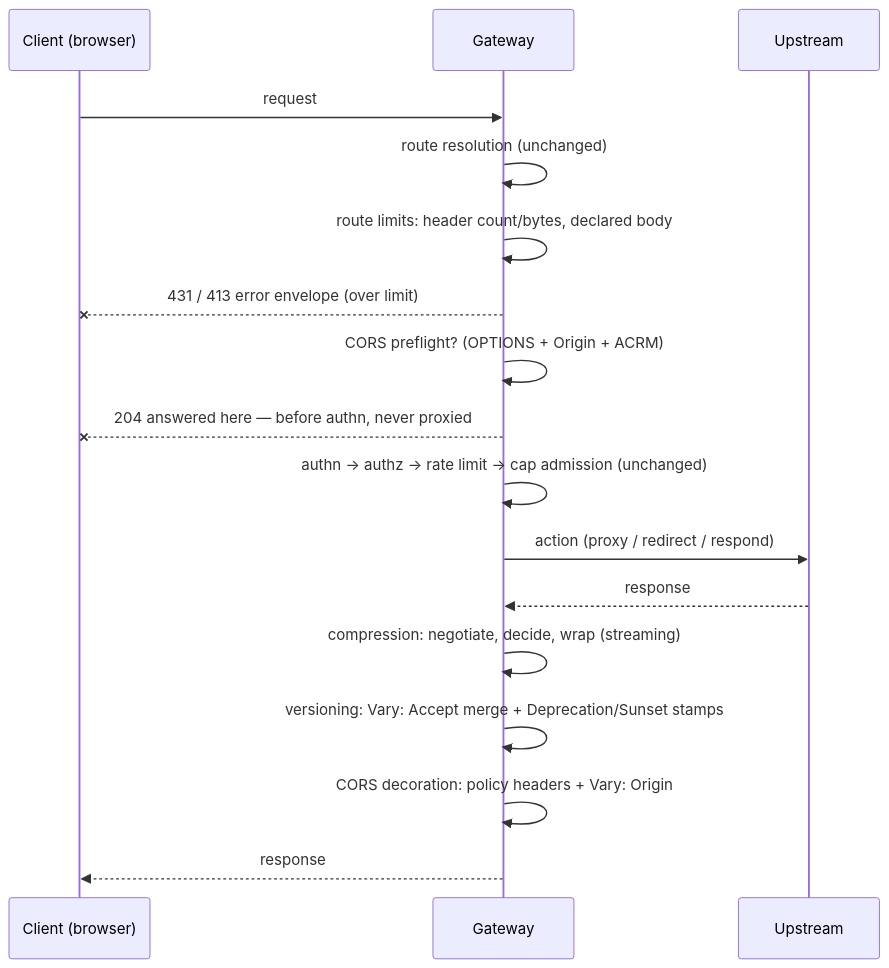
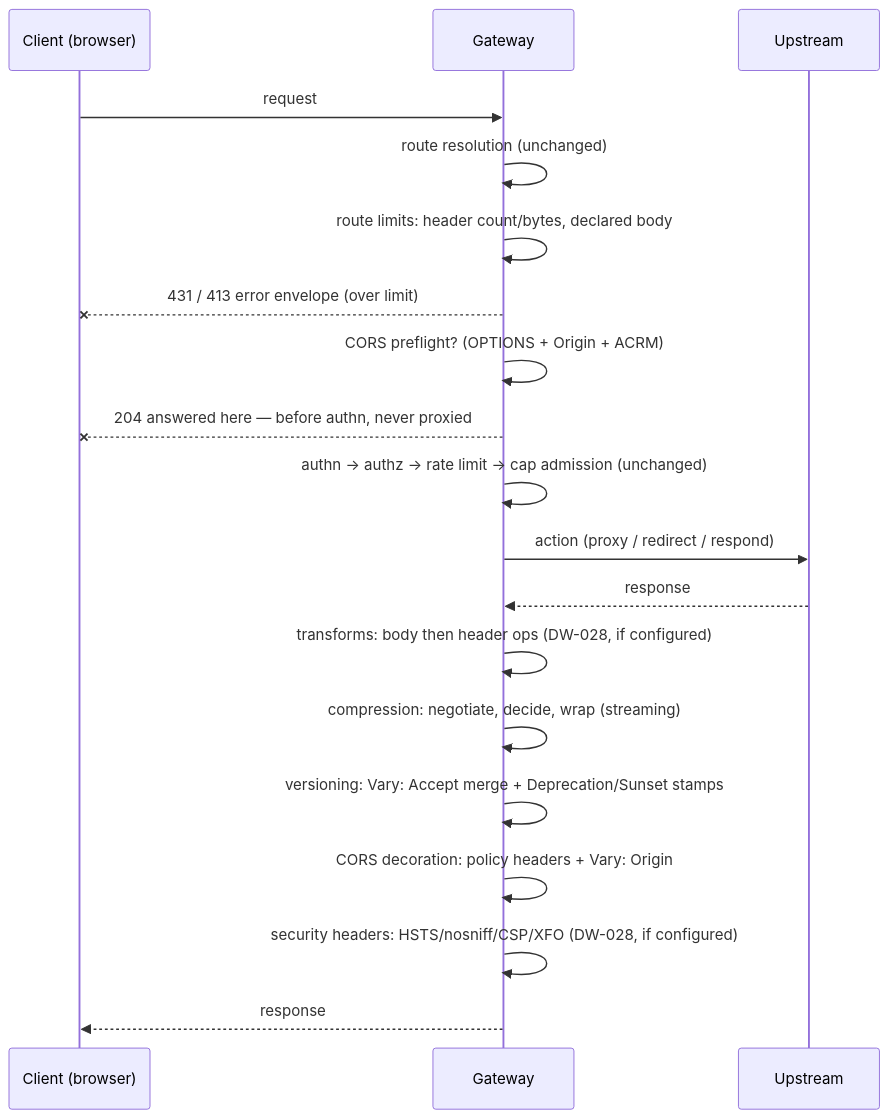
The diagram in docs/features/edge-policies.md (ShristiLabs/dwara), drawn with Mermaid before and after one commit. The commit also changed 26 other files, not shown here.

````diff
--- a/docs/features/edge-policies.md
+++ b/docs/features/edge-policies.md
@@ -42,20 +42,22 @@
 ```mermaid
 sequenceDiagram
     participant C as Client (browser)
     participant G as Gateway
     participant U as Upstream
 
     C->>G: request
     G->>G: route resolution (unchanged)
     G->>G: route limits: header count/bytes, declared body
     G--xC: 431 / 413 error envelope (over limit)
     G->>G: CORS preflight? (OPTIONS + Origin + ACRM)
     G--xC: 204 answered here — before authn, never proxied
     G->>G: authn -> authz -> rate limit -> cap admission (unchanged)
     G->>U: action (proxy / redirect / respond)
     U-->>G: response
+    G->>G: transforms: body then header ops (DW-028, if configured)
     G->>G: compression: negotiate, decide, wrap (streaming)
     G->>G: versioning: Vary: Accept merge + Deprecation/Sunset stamps
     G->>G: CORS decoration: policy headers + Vary: Origin
+    G->>G: security headers: HSTS/nosniff/CSP/XFO (DW-028, if configured)
     G-->>C: response
 ```
````
